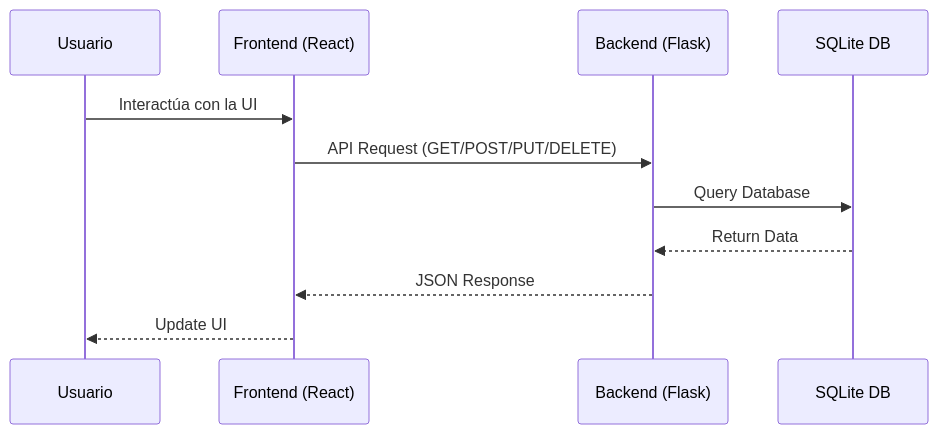
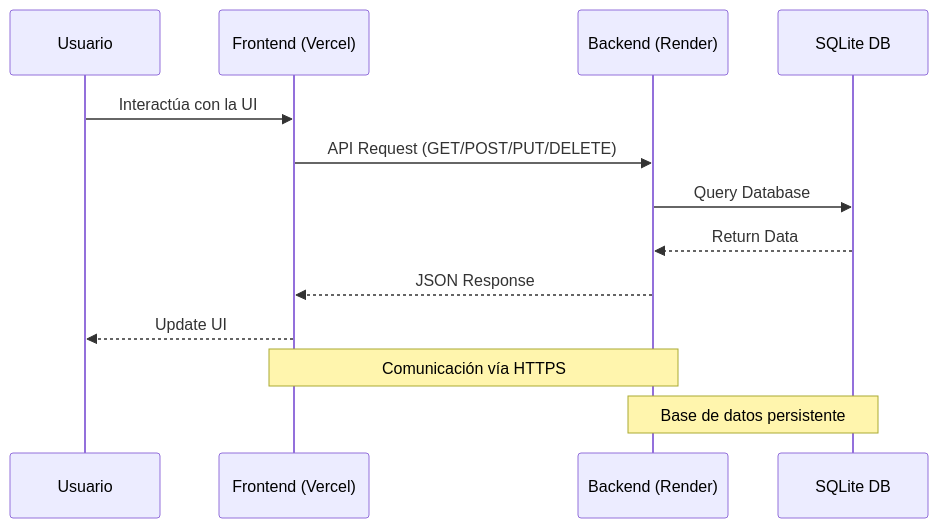
Before and after one commit to YohaOro/inventario-app: the second of 4 diagrams in README.md, drawn with Mermaid. The commit also changed other lines of this file and 4 other files, not shown here.

````diff
--- a/README.md
+++ b/README.md
@@ -69,14 +77,17 @@
 ```mermaid
 sequenceDiagram
     participant U as Usuario
-    participant F as Frontend (React)
-    participant B as Backend (Flask)
+    participant F as Frontend (Vercel)
+    participant B as Backend (Render)
     participant D as SQLite DB
     
     U->>F: Interactúa con la UI
     F->>B: API Request (GET/POST/PUT/DELETE)
     B->>D: Query Database
     D-->>B: Return Data
     B-->>F: JSON Response
     F-->>U: Update UI
+    
+    Note over F,B: Comunicación vía HTTPS
+    Note over B,D: Base de datos persistente
 ```
````
